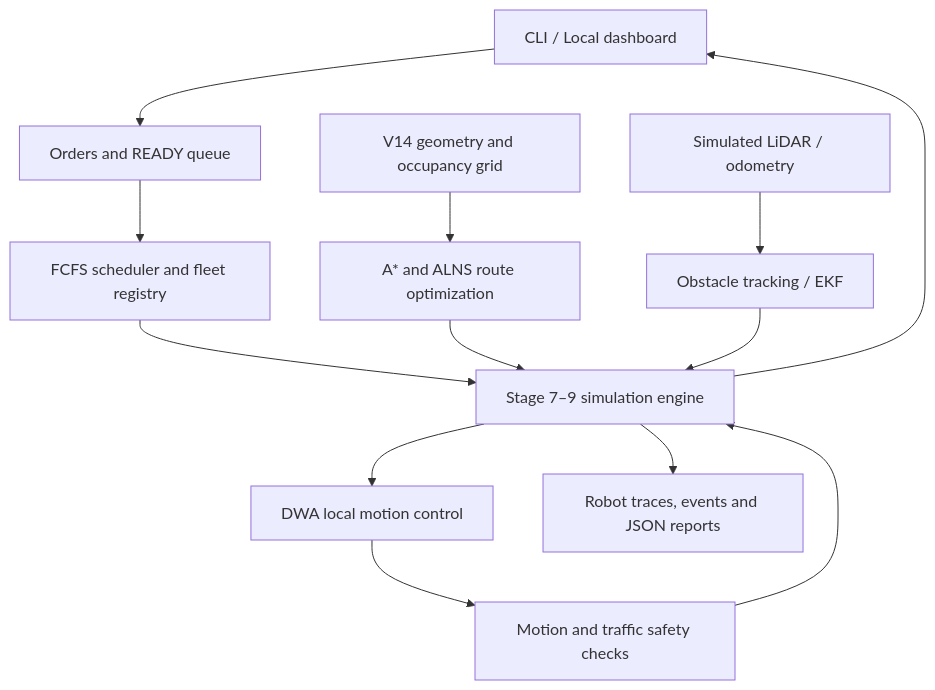
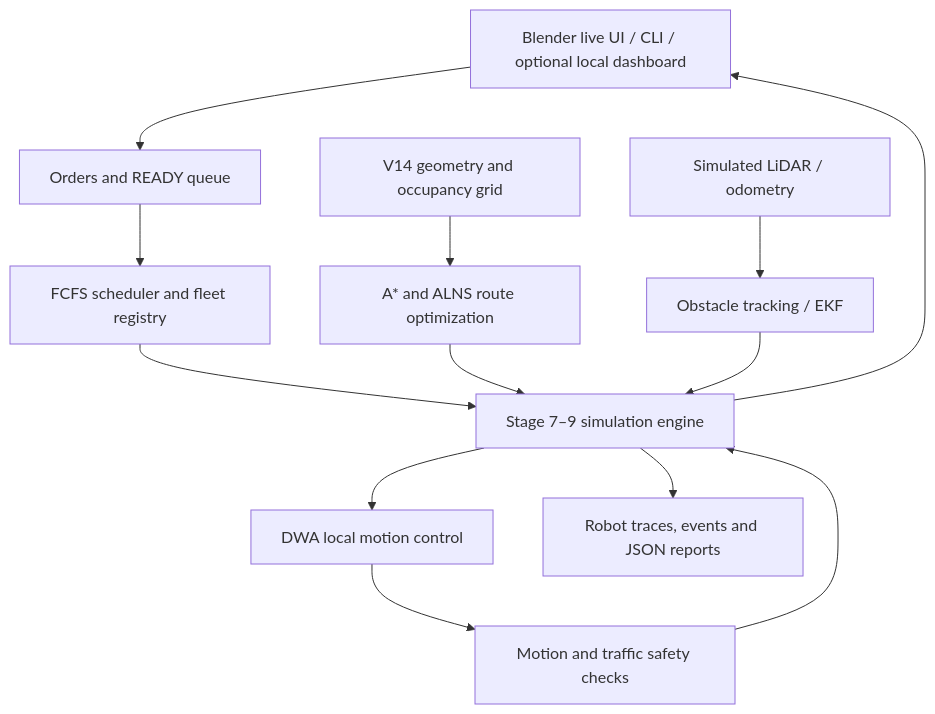
The diagram in README.md (VedantLiteCoder0135/Autonomous-Delivery-Multi-Robot-System), drawn with Mermaid before and after one commit. The commit also changed other lines of this file and 44 other files, not shown here.

````diff
--- a/README.md
+++ b/README.md
@@ -22,15 +22,15 @@
 ```mermaid
 flowchart TD
-    UI[CLI / Local dashboard] --> ORD[Orders and READY queue]
+    UI[Blender live UI / CLI / optional local dashboard] --> ORD[Orders and READY queue]
     ORD --> SCH[FCFS scheduler and fleet registry]
     SCH --> ENG[Stage 7–9 simulation engine]
     MAP[V14 geometry and occupancy grid] --> ROUTE[A* and ALNS route optimization]
     ROUTE --> ENG
     SENS[Simulated LiDAR / odometry] --> EST[Obstacle tracking / EKF]
     EST --> ENG
     ENG --> DWA[DWA local motion control]
     DWA --> SAFE[Motion and traffic safety checks]
     SAFE --> ENG
     ENG --> OUT[Robot traces, events and JSON reports]
     ENG --> UI
 ```
````
